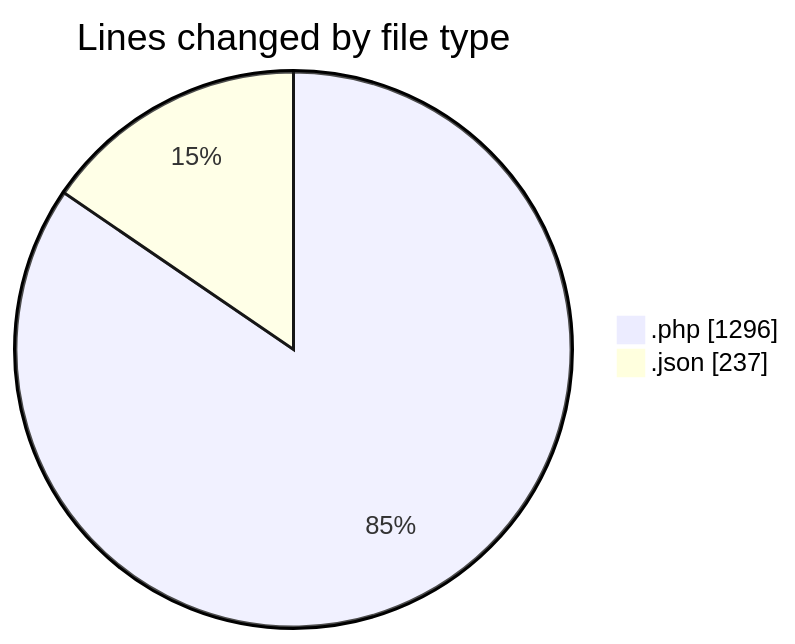
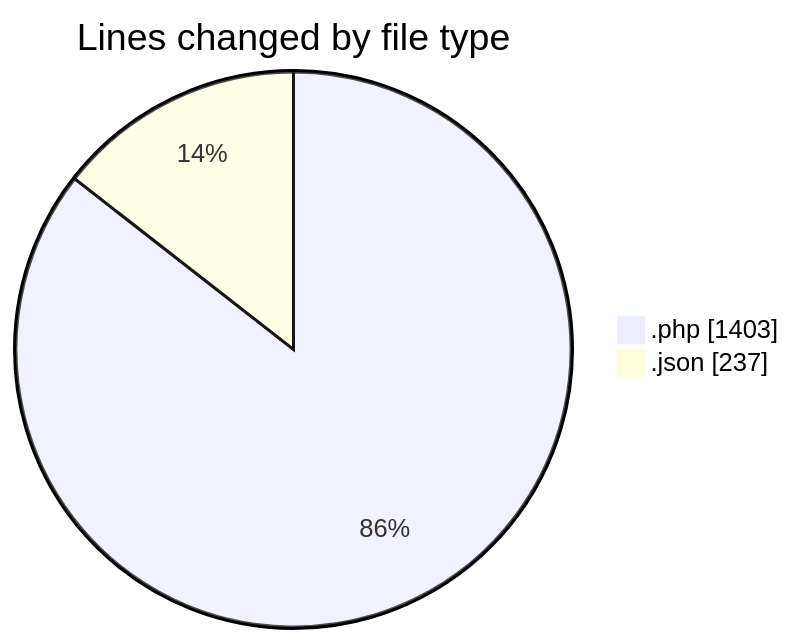
Before and after one commit to idhammustaqopulfikri/code-tracking: the first of 2 diagrams in 2025-06-20/studio-backend/README.md, drawn with Mermaid. The commit also changed other lines of this file and 1 other file, not shown here.

````diff
--- a/2025-06-20/studio-backend/README.md
+++ b/2025-06-20/studio-backend/README.md
@@ -22,6 +22,6 @@
 ```mermaid
 pie showData
 title Lines changed by file type
-".php" : 1296
+".php" : 1403
 ".json" : 237
 ```
````
